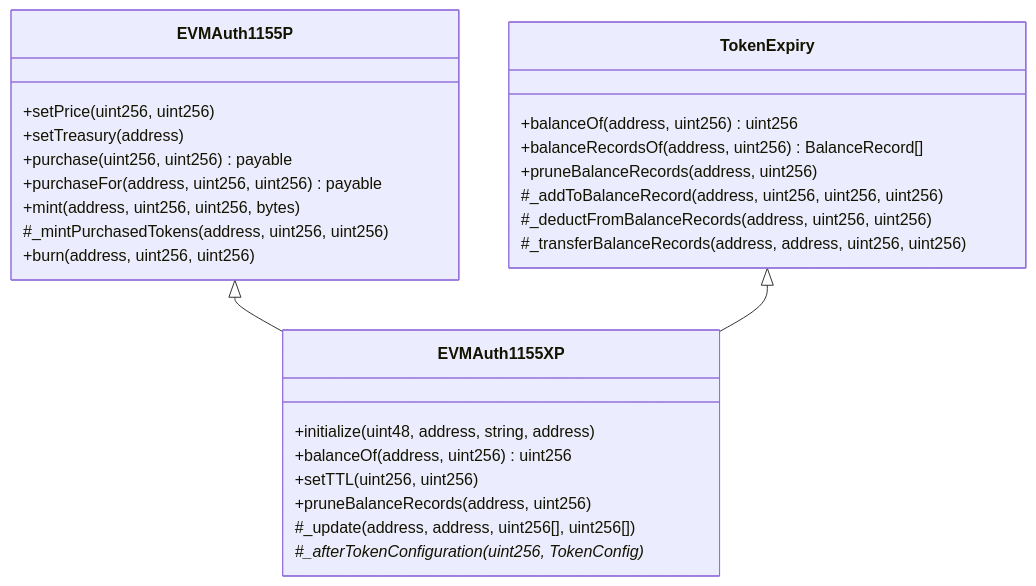
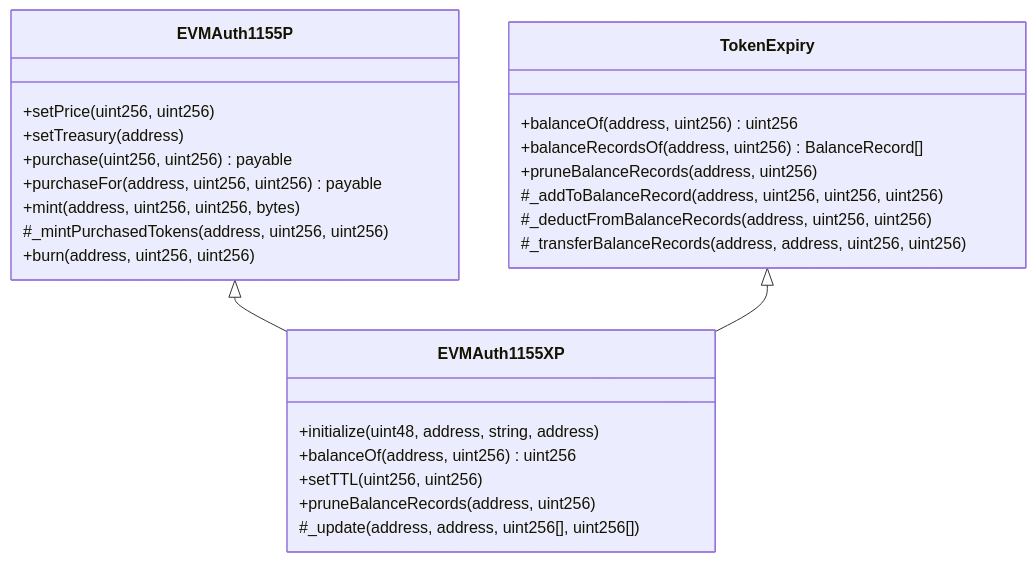
Diagram 11 of 18 in src/README.md (glanzz/evmauth-core), drawn with Mermaid before and after one commit. The commit also changed other lines of this file, not shown here.

Commit message:
docs: update class diagrams

````diff
--- a/src/README.md
+++ b/src/README.md
@@ -569,31 +584,30 @@
 ```mermaid
 classDiagram
     class EVMAuth1155P{
         +setPrice(uint256, uint256)
         +setTreasury(address)
         +purchase(uint256, uint256) payable
         +purchaseFor(address, uint256, uint256) payable
         +mint(address, uint256, uint256, bytes)
         #_mintPurchasedTokens(address, uint256, uint256)
         +burn(address, uint256, uint256)
     }
     class TokenExpiry{
         +balanceOf(address, uint256) uint256
         +balanceRecordsOf(address, uint256) BalanceRecord[]
         +pruneBalanceRecords(address, uint256)
         #_addToBalanceRecord(address, uint256, uint256, uint256)
         #_deductFromBalanceRecords(address, uint256, uint256)
         #_transferBalanceRecords(address, address, uint256, uint256)
     }
     class EVMAuth1155XP{
         +initialize(uint48, address, string, address)
         +balanceOf(address, uint256) uint256
         +setTTL(uint256, uint256)
         +pruneBalanceRecords(address, uint256)
         #_update(address, address, uint256[], uint256[])
-        #_afterTokenConfiguration(uint256, TokenConfig)*
     }
     
     EVMAuth1155P <|-- EVMAuth1155XP
     TokenExpiry <|-- EVMAuth1155XP
 ```
````
